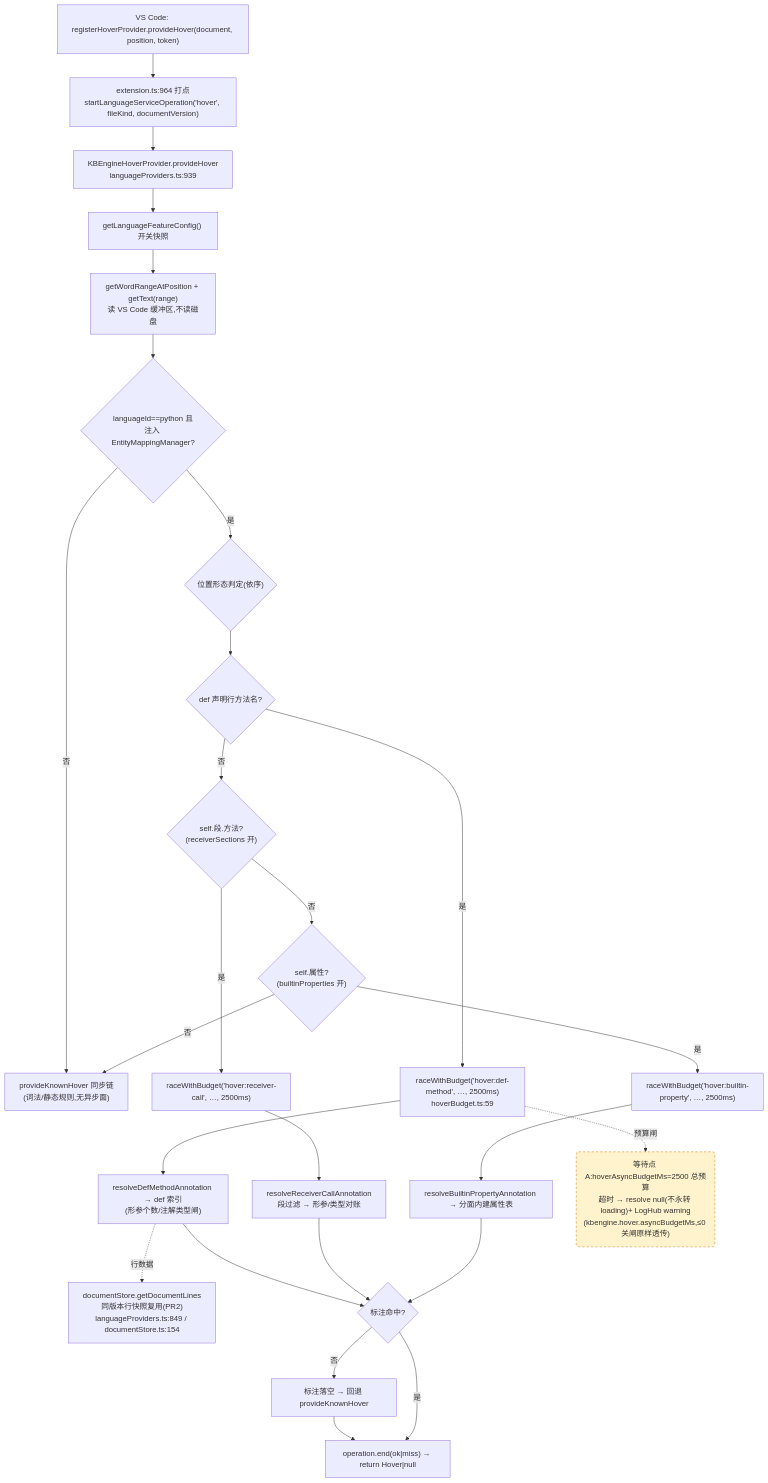
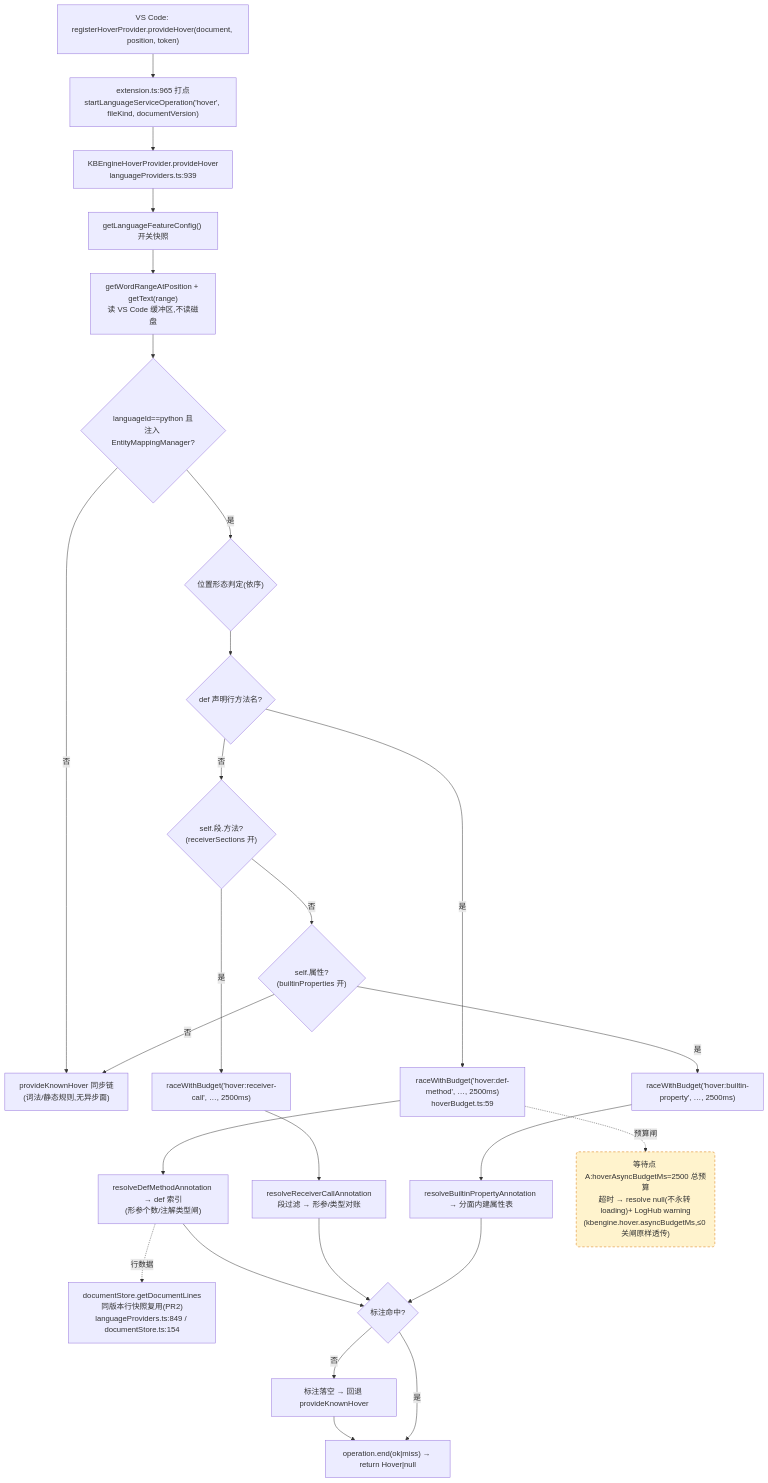
Before and after one commit to cuihairu/kode: the first of 4 diagrams in docs/perf/2026-baseline.md, drawn with Mermaid. The commit also changed other lines of this file and 7 other files, not shown here.

````diff
--- a/docs/perf/2026-baseline.md
+++ b/docs/perf/2026-baseline.md
@@ -82,45 +82,45 @@
 ```mermaid
 flowchart TD
   VC1["VS Code: registerHoverProvider.provideHover(document, position, token)"]
-  M1["extension.ts:964 打点<br/>startLanguageServiceOperation('hover', fileKind, documentVersion)"]
+  M1["extension.ts:965 打点<br/>startLanguageServiceOperation('hover', fileKind, documentVersion)"]
   HP["KBEngineHoverProvider.provideHover<br/>languageProviders.ts:939"]
   CFG["getLanguageFeatureConfig() 开关快照"]
   WORD["getWordRangeAtPosition + getText(range)<br/>读 VS Code 缓冲区,不读磁盘"]
   BR{"languageId==python 且<br/>注入 EntityMappingManager?"}
   KN["provideKnownHover 同步链<br/>(词法/静态规则,无异步面)"]
   POS{"位置形态判定(依序)"}
   D1{"def 声明行方法名?"}
   D2{"self.段.方法?<br/>(receiverSections 开)"}
   D3{"self.属性?<br/>(builtinProperties 开)"}
   RA1["raceWithBudget('hover:def-method', …, 2500ms)<br/>hoverBudget.ts:59"]
   RA2["raceWithBudget('hover:receiver-call', …, 2500ms)"]
   RA3["raceWithBudget('hover:builtin-property', …, 2500ms)"]
   RS1["resolveDefMethodAnnotation → def 索引<br/>(形参个数/注解类型闸)"]
   RS2["resolveReceiverCallAnnotation<br/>段过滤 → 形参/类型对账"]
   RS3["resolveBuiltinPropertyAnnotation → 分面内建属性表"]
   LINES["documentStore.getDocumentLines<br/>同版本行快照复用(PR2)<br/>languageProviders.ts:849 / documentStore.ts:154"]
   MISS["标注落空 → 回退 provideKnownHover"]
   END1["operation.end(ok|miss) → return Hover|null"]
 
   VC1 --> M1 --> HP --> CFG --> WORD --> BR
   BR -- "否" --> KN
   BR -- "是" --> POS --> D1
   D1 -- "是" --> RA1 --> RS1
   D1 -- "否" --> D2
   D2 -- "是" --> RA2 --> RS2
   D2 -- "否" --> D3
   D3 -- "是" --> RA3 --> RS3
   D3 -- "否" --> KN
   RS1 --> HIT{"标注命中?"}
   RS2 --> HIT
   RS3 --> HIT
   RS1 -.->|行数据| LINES
   HIT -- "否" --> MISS --> END1
   HIT -- "是" --> END1
 
   WAITA("等待点 A:hoverAsyncBudgetMs=2500 总预算<br/>超时 → resolve null(不永转 loading)+ LogHub warning<br/>(kbengine.hover.asyncBudgetMs,≤0 关闸原样透传)")
   RA1 -.->|预算闸| WAITA
 
   classDef waitPoint fill:#fff3cd,stroke:#d97706,stroke-dasharray:5 4;
   class WAITA waitPoint;
 ```
````
